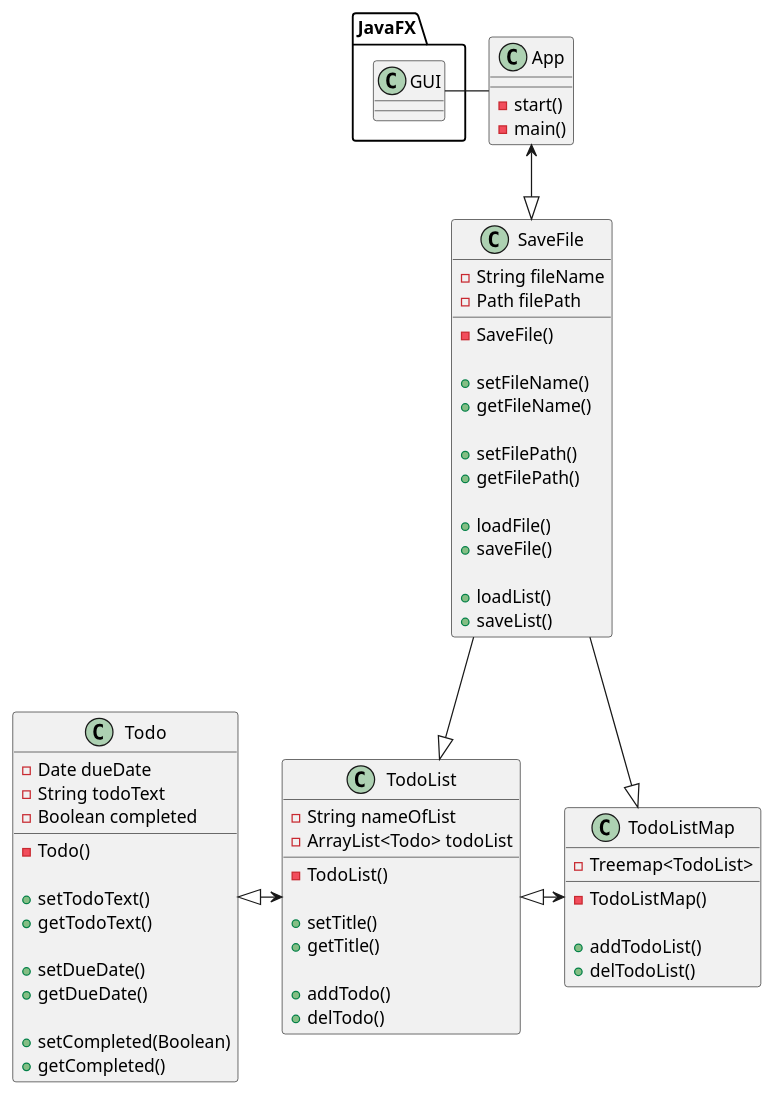
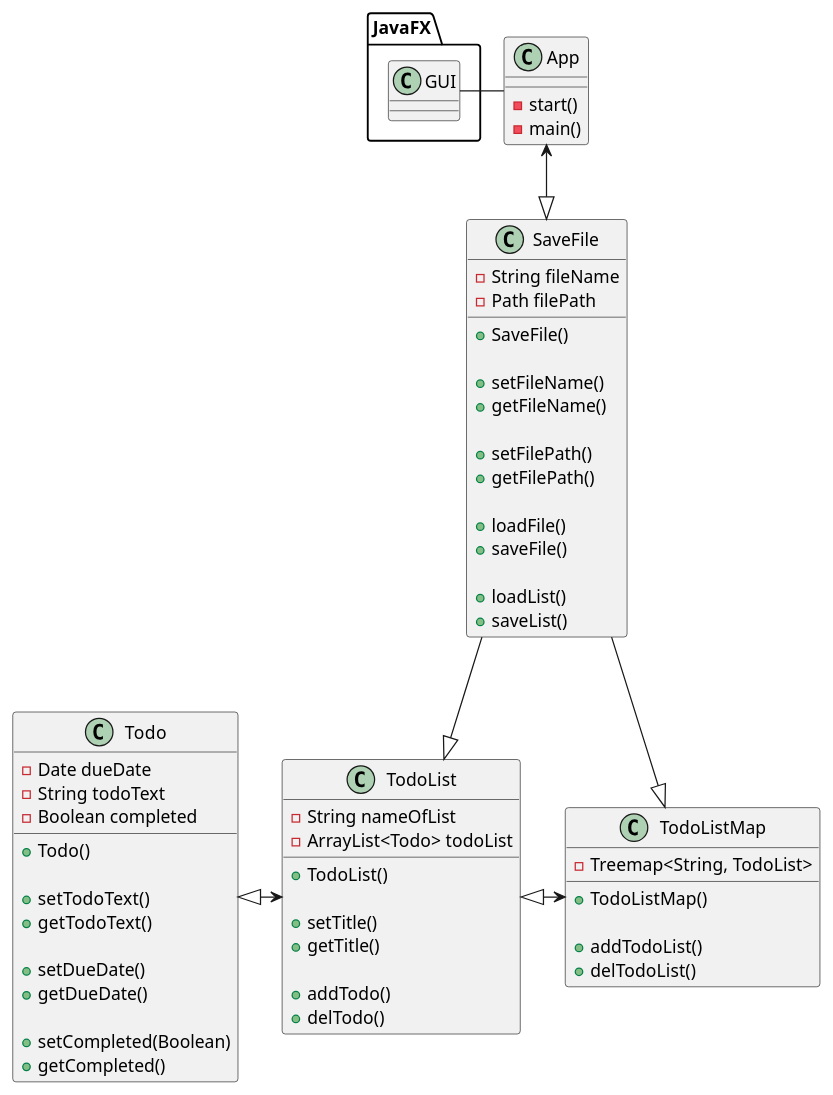
One commit to SlimyMonz/Java-Todo-App changed the diagram in uml/App.puml. Above: the diagram before and after it, drawn with PlantUML. The commit also changed 9 other files, not shown here.

```diff
--- a/uml/App.puml
+++ b/uml/App.puml
@@ -1,83 +1,83 @@
 @startuml
 'https://plantuml.com/class-diagram
 
 class App {
 
     -start()
     -main()
 }
 
 class SaveFile {
 
     -String fileName
     -Path filePath
 
-    -SaveFile()
+    +SaveFile()
 
     +setFileName()
     +getFileName()
 
     +setFilePath()
     +getFilePath()
 
     +loadFile()
     +saveFile()
 
     +loadList()
     +saveList()
 
 }
 
 class TodoListMap {
-    -Treemap<TodoList>
+    -Treemap<String, TodoList>
 
-    -TodoListMap()
+    +TodoListMap()
 
     +addTodoList()
     +delTodoList()
 }
 
 class TodoList {
     -String nameOfList
     -ArrayList<Todo> todoList
 
-    -TodoList()
+    +TodoList()
 
     +setTitle()
     +getTitle()
 
     +addTodo()
     +delTodo()
 }
 
 class Todo {
 
     -Date dueDate
     -String todoText
     -Boolean completed
 
-    -Todo()
+    +Todo()
 
     +setTodoText()
     +getTodoText()
 
     +setDueDate()
     +getDueDate()
 
     +setCompleted(Boolean)
     +getCompleted()
 
 }
 
 
 JavaFX.GUI = App
 
 App <--|> SaveFile
 SaveFile --|> TodoListMap
 SaveFile --|> TodoList
 Todo <|-> TodoList
 TodoList <|-> TodoListMap
 
 
 
 @enduml
```
